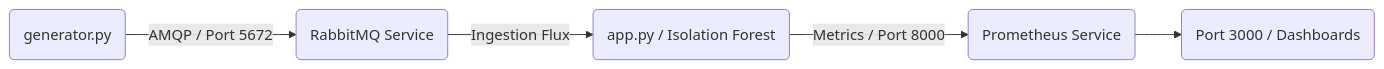
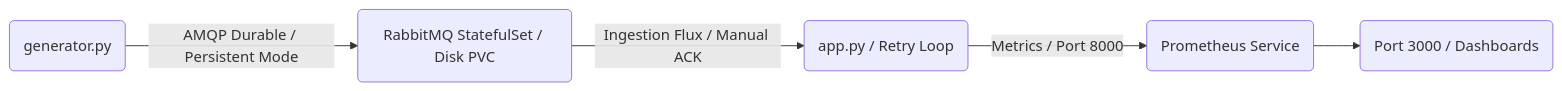
Before and after one commit to CedricKoukoui/CloudIA: the diagram in README.md, drawn with Mermaid. The commit also changed other lines of this file, not shown here.

````diff
--- a/README.md
+++ b/README.md
@@ -15,7 +26,7 @@
 ```mermaid
 graph LR
-    Generator(generator.py) -- AMQP / Port 5672 --> Broker(RabbitMQ Service)
-    Broker -- Ingestion Flux --> IA(app.py / Isolation Forest)
+    Generator(generator.py) -- AMQP Durable / Persistent Mode --> Broker(RabbitMQ StatefulSet / Disk PVC)
+    Broker -- Ingestion Flux / Manual ACK --> IA(app.py / Retry Loop)
     IA -- Metrics / Port 8000 --> Prometheus(Prometheus Service)
     Prometheus --> Grafana(Port 3000 / Dashboards)
 ```
````
